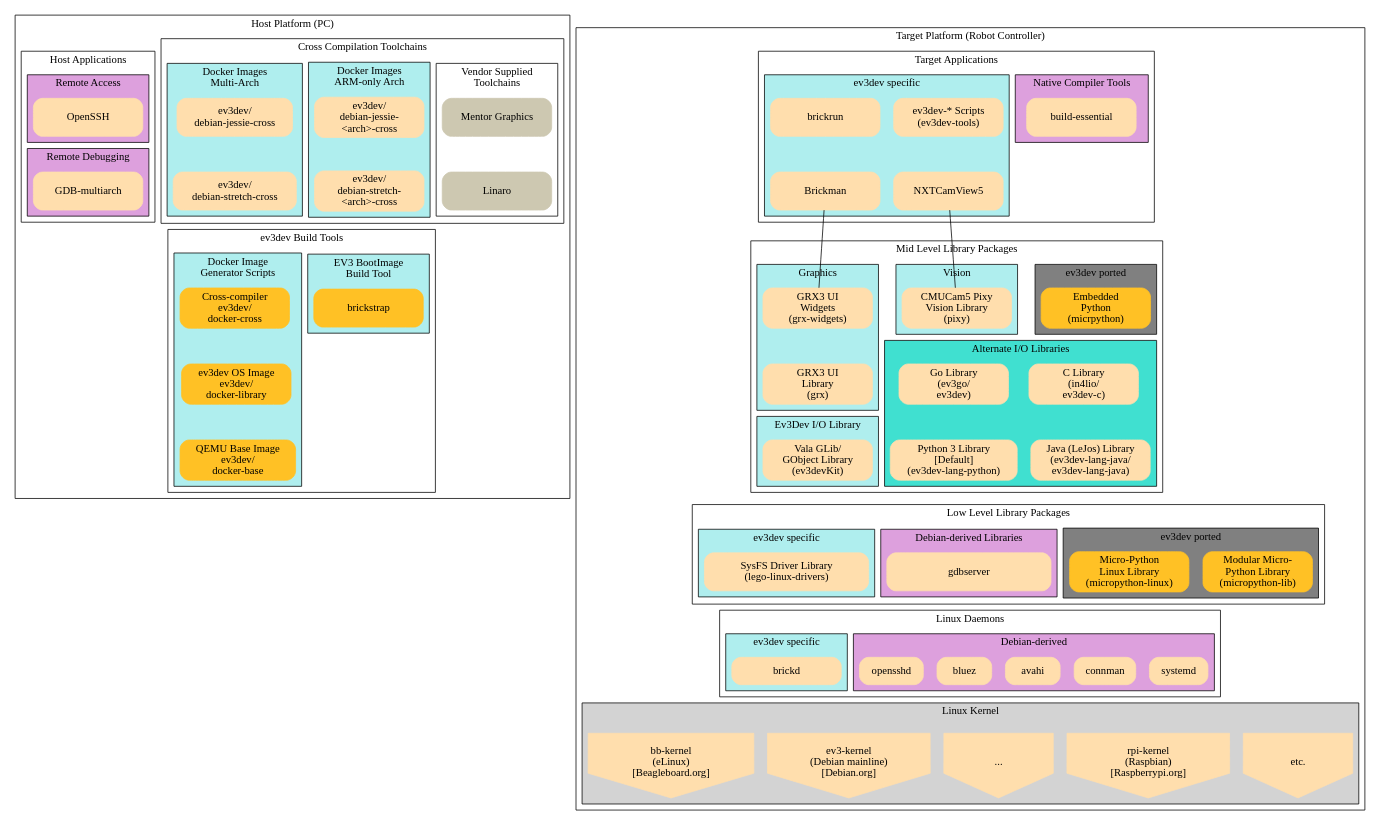
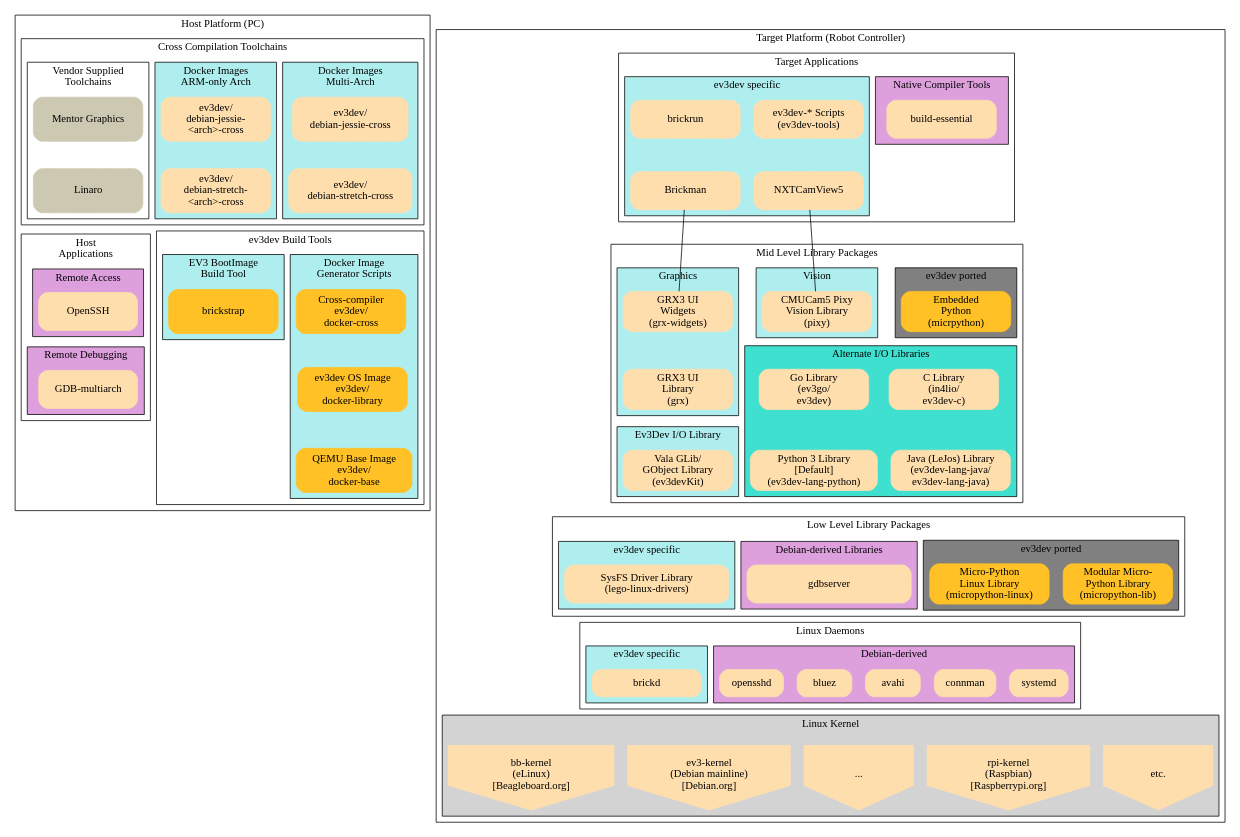
The diagram in images/ev3dev-software-packages.dot (ev3dev/edu-docs), drawn with Graphviz before and after one commit. The commit also changed 1 other file, not shown here.

Commit message:
Fixed height and width of overall diagram

```diff
--- a/images/ev3dev-software-packages.dot
+++ b/images/ev3dev-software-packages.dot
@@ -15,7 +15,7 @@
 				label="Vendor Supplied\nToolchains";
 				style=filled;
 				fillcolor=white;
-				node [shape=rect,style="filled,rounded",color=cornsilk3,width=2,height=0.7];
+				node [shape=rect,style="filled,rounded",color=cornsilk3,width=2,height=0.8];
 				"Mentor Graphics"--"Linaro"; 
 			};
 
@@ -23,7 +23,7 @@
 				label="Docker Images\nARM-only Arch";
 				style=filled;
 				fillcolor=paleturquoise;
-				node [shape=rect,style="filled,rounded",color=navajowhite,width=2,height=0.7];
+				node [shape=rect,style="filled,rounded",color=navajowhite,width=2,height=0.8];
 				"ev3dev/\ndebian-jessie-\n<arch>-cross"--"ev3dev/\ndebian-stretch-\n<arch>-cross"; 
 			};
 
@@ -31,7 +31,7 @@
 				label="Docker Images\nMulti-Arch";
 				style=filled;
 				fillcolor=paleturquoise;
-				node [shape=rect,style="filled,rounded",color=navajowhite,width=2,height=0.7];
+				node [shape=rect,style="filled,rounded",color=navajowhite,width=2,height=0.8];
 				"ev3dev/\ndebian-jessie-cross"--"ev3dev/\ndebian-stretch-cross"; 
 			};
 
@@ -44,7 +44,7 @@
 				label="EV3 BootImage\nBuild Tool";
 				style=filled;
 				fillcolor=paleturquoise;
-				node [shape=rect,style="filled,rounded",color=goldenrod1,width=2,height=0.7];
+				node [shape=rect,style="filled,rounded",color=goldenrod1,width=2,height=0.8];
 				"brickstrap"; 
 			};
 
@@ -52,7 +52,7 @@
 				label="Docker Image\nGenerator Scripts";
 				style=filled;
 				fillcolor=paleturquoise;
-				node [shape=rect,style="filled,rounded",color=goldenrod1,width=2,height=0.7];
+				node [shape=rect,style="filled,rounded",color=goldenrod1,width=2,height=0.8];
 				"Cross-compiler\nev3dev/\ndocker-cross"--"ev3dev OS Image\nev3dev/\ndocker-library"--"QEMU Base Image\nev3dev/\ndocker-base"; 
 			};
 	
@@ -61,12 +61,12 @@
 		"ev3dev/\ndebian-stretch-cross"--"Cross-compiler\nev3dev/\ndocker-cross"		// Dummy link for stacking
 
 		subgraph cluster_102 {
-			label = "Host Applications";
+			label = "Host\nApplications";
 			subgraph cluster_101 {
 				label="Remote Access";
 				style=filled;
 				fillcolor=plum;
-				node [shape=rect,style="filled,rounded",color=navajowhite,width=2,height=0.7];
+				node [shape=rect,style="filled,rounded",color=navajowhite,width=1.8,height=0.7];
 				"OpenSSH"; 
 			};
 
@@ -74,11 +74,12 @@
 				label="Remote Debugging";
 				style=filled;
 				fillcolor=plum;
-				node [shape=rect,style="filled,rounded",color=navajowhite,width=2,height=0.7];
+				node [shape=rect,style="filled,rounded",color=navajowhite,width=1.8,height=0.7];
 				"GDB-multiarch"; 
 			};
 		"OpenSSH"--"GDB-multiarch";								// Dummy link for stacking
 		};
+		"Linaro"--"OpenSSH";
 	
 	};
 
```
